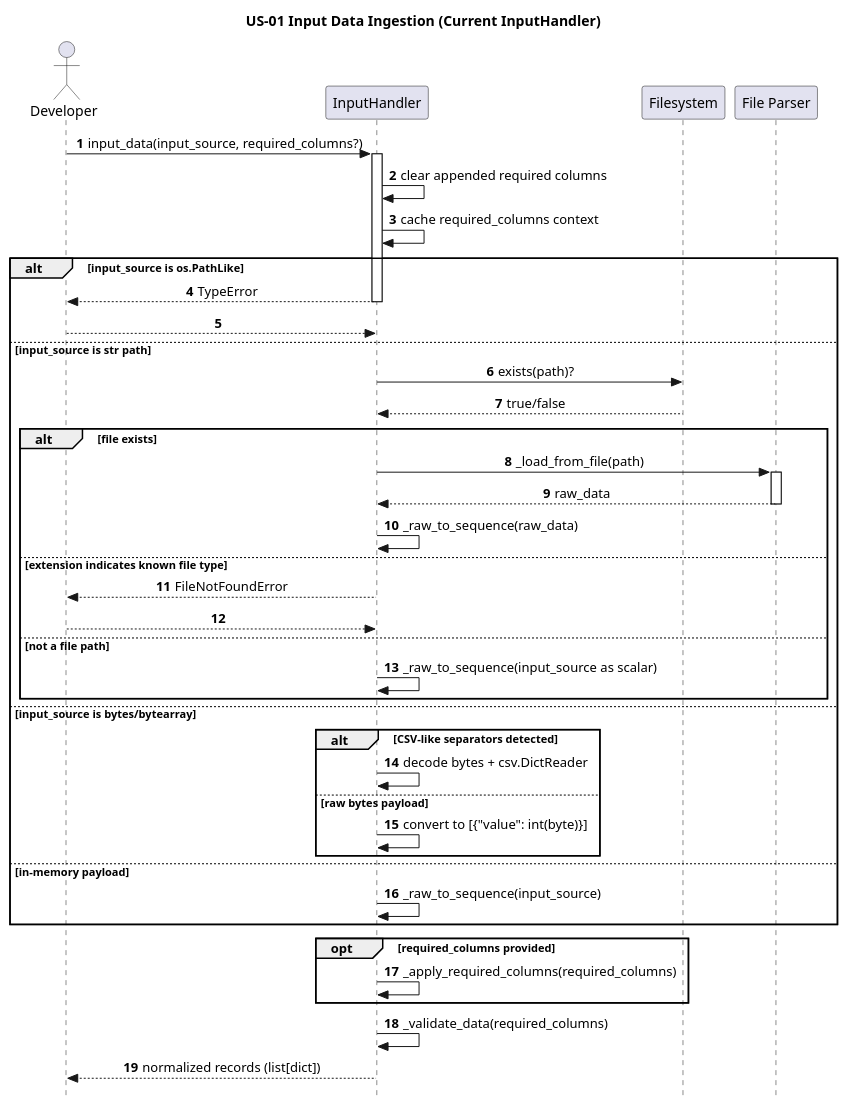
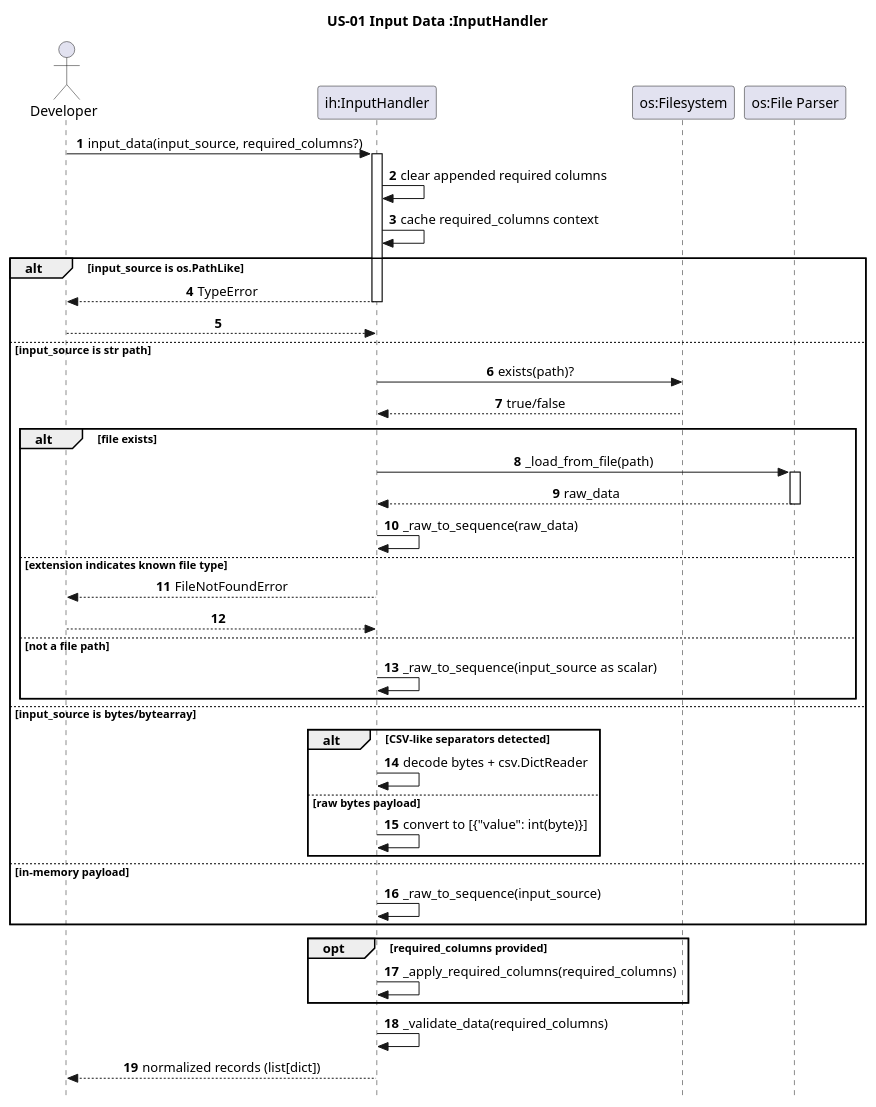
Before and after one commit to egrembocki/htmrl: the diagram in docs/puml/US/us-01.puml, drawn with PlantUML.

```diff
--- a/docs/puml/US/us-01.puml
+++ b/docs/puml/US/us-01.puml
@@ -1,58 +1,58 @@
 @startuml
 skinparam style strictuml
 skinparam sequenceMessageAlign center
 skinparam responseMessageBelowArrow true
 autonumber
 
-title US-01 Input Data Ingestion (Current InputHandler)
+title US-01 Input Data :InputHandler
 
 actor Developer
-participant "InputHandler" as IH
-participant "Filesystem" as FS
-participant "File Parser" as Parser
+participant "ih:InputHandler" as IH
+participant "os:Filesystem" as FS
+participant "os:File Parser" as Parser
 
 Developer -> IH: input_data(input_source, required_columns?)
 activate IH
 IH -> IH: clear appended required columns
 IH -> IH: cache required_columns context
 
 alt input_source is os.PathLike
   IH --> Developer: TypeError
   deactivate IH
   return
 else input_source is str path
   IH -> FS: exists(path)?
   FS --> IH: true/false
 
   alt file exists
     IH -> Parser: _load_from_file(path)
     activate Parser
     Parser --> IH: raw_data
     deactivate Parser
     IH -> IH: _raw_to_sequence(raw_data)
   else extension indicates known file type
     IH --> Developer: FileNotFoundError
     deactivate IH
     return
   else not a file path
     IH -> IH: _raw_to_sequence(input_source as scalar)
   end
 else input_source is bytes/bytearray
   alt CSV-like separators detected
     IH -> IH: decode bytes + csv.DictReader
   else raw bytes payload
     IH -> IH: convert to [{"value": int(byte)}]
   end
 else in-memory payload
   IH -> IH: _raw_to_sequence(input_source)
 end
 
 opt required_columns provided
   IH -> IH: _apply_required_columns(required_columns)
 end
 
 IH -> IH: _validate_data(required_columns)
 IH --> Developer: normalized records (list[dict])
 
 deactivate IH
 @enduml
```
